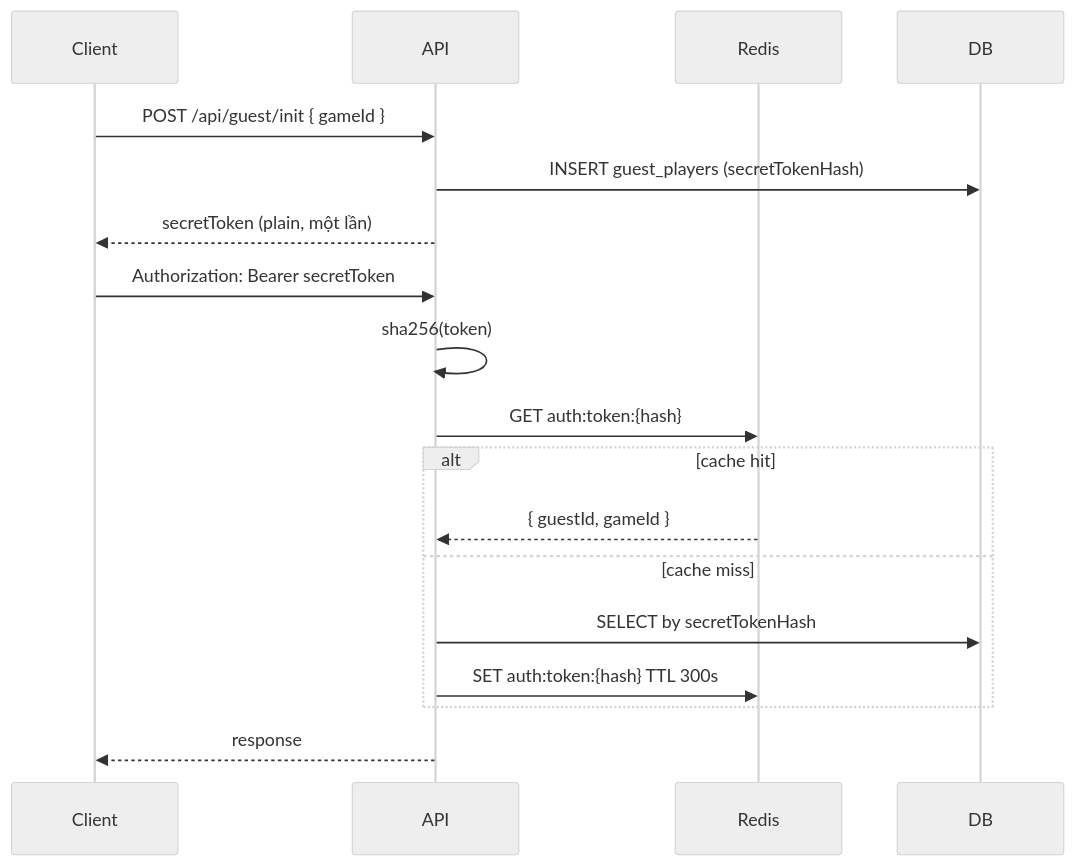
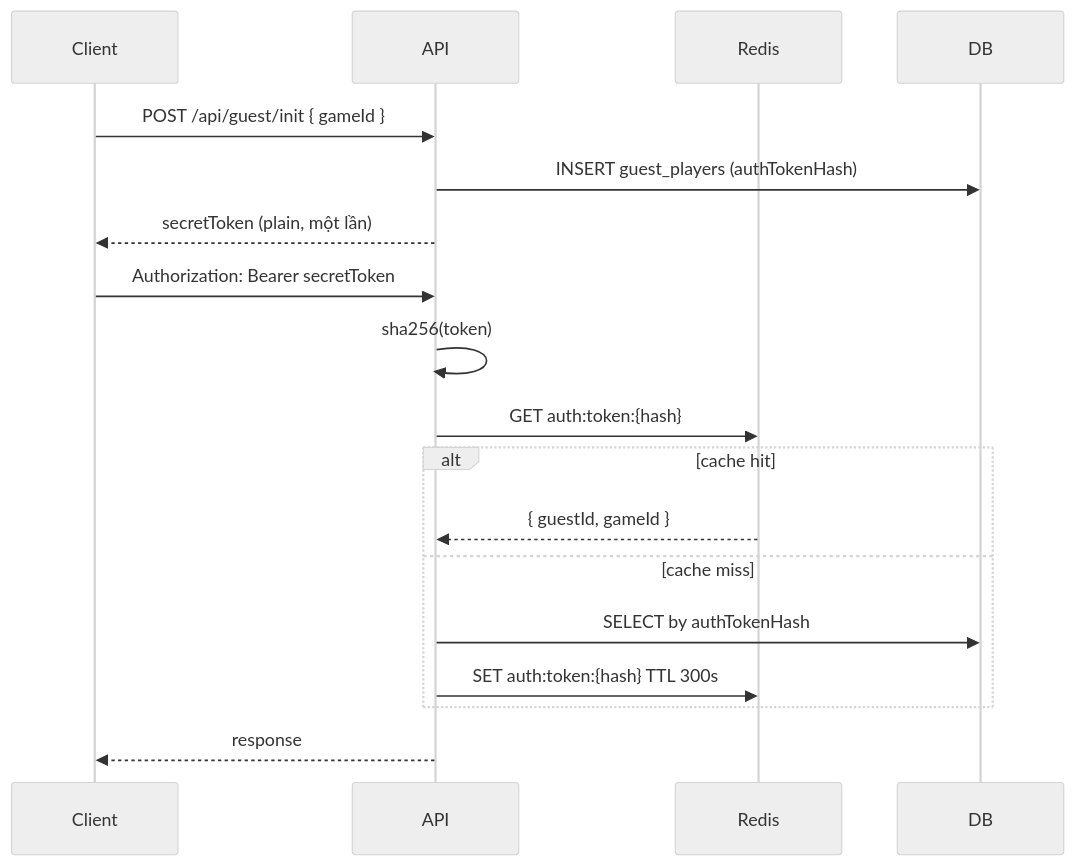
The first of 3 diagrams in documents/architecture/overview.md (kevinvuong-mim/game-api), drawn with Mermaid (neutral theme) before and after one commit. The commit also changed other lines of this file and 36 other files, not shown here.

````diff
--- a/documents/architecture/overview.md
+++ b/documents/architecture/overview.md
@@ -42,22 +42,22 @@
 ```mermaid
 sequenceDiagram
     participant Client
     participant API
     participant Redis
     participant DB
 
     Client->>API: POST /api/guest/init { gameId }
-    API->>DB: INSERT guest_players (secretTokenHash)
+    API->>DB: INSERT guest_players (authTokenHash)
     API-->>Client: secretToken (plain, một lần)
 
     Client->>API: Authorization: Bearer secretToken
     API->>API: sha256(token)
     API->>Redis: GET auth:token:{hash}
     alt cache hit
         Redis-->>API: { guestId, gameId }
     else cache miss
-        API->>DB: SELECT by secretTokenHash
+        API->>DB: SELECT by authTokenHash
         API->>Redis: SET auth:token:{hash} TTL 300s
     end
     API-->>Client: response
 ```
````
